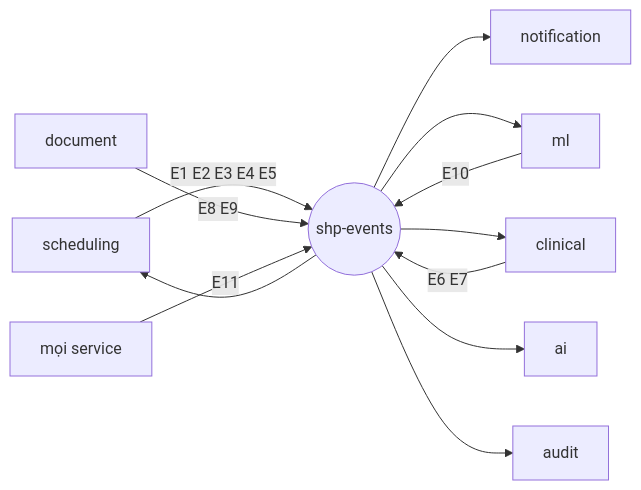
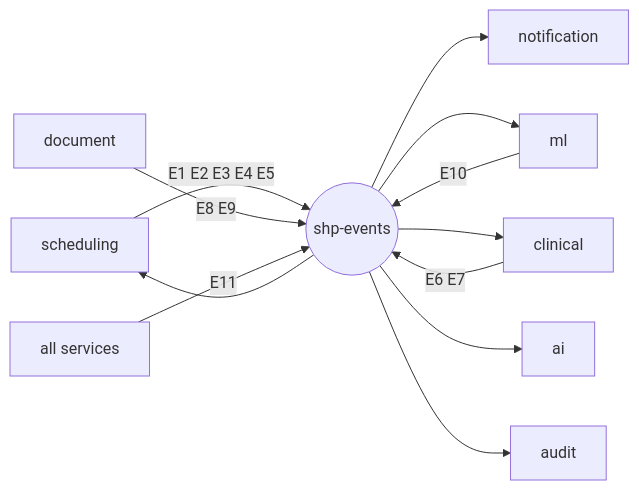
The diagram in docs/03-architecture/detailed-design/13-events.md (viethung12062005/smart-hospital-platform), drawn with Mermaid before and after one commit. The commit also changed other lines of this file and 346 other files, not shown here.

````diff
--- a/docs/03-architecture/detailed-design/13-events.md
+++ b/docs/03-architecture/detailed-design/13-events.md
@@ -122,14 +122,14 @@
 ```mermaid
 flowchart LR
     SCH[scheduling] -->|E1 E2 E3 E4 E5| BUS((shp-events))
     CLN[clinical] -->|E6 E7| BUS
     DOC[document] -->|E8 E9| BUS
     ML[ml] -->|E10| BUS
-    ALL[mọi service] -->|E11| BUS
+    ALL[all services] -->|E11| BUS
     BUS --> NTF[notification]
     BUS --> ML
     BUS --> CLN
     BUS --> SCH
     BUS --> AI[ai]
     BUS --> AUD[audit]
 ```
````
